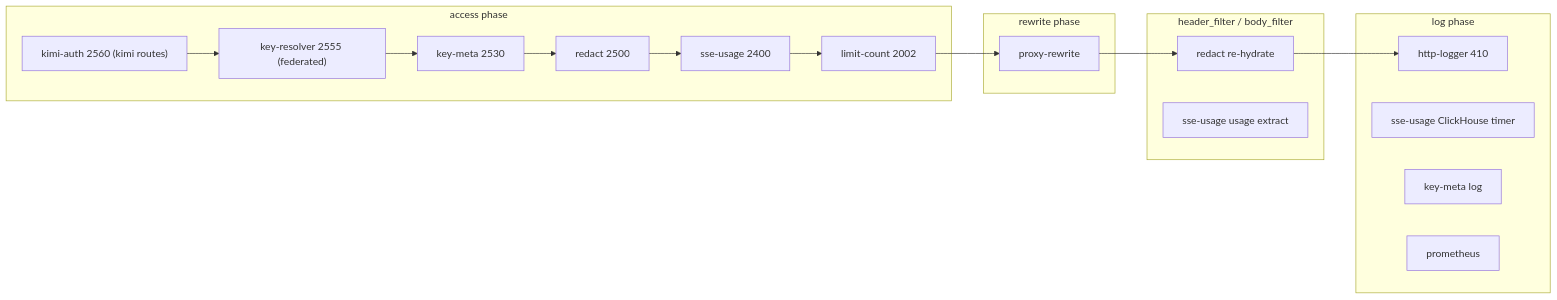
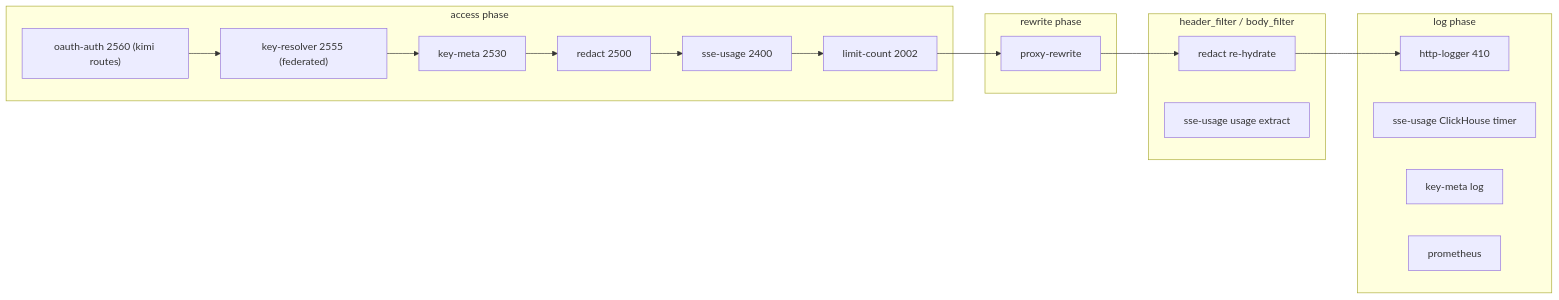
One commit to Independent-AI-Labs/WORKSPACE-GATEWAY changed the diagram in docs/architecture/PLUGIN-PIPELINE.md. Above: the diagram before and after it, drawn with Mermaid. The commit also changed other lines of this file and 51 other files, not shown here.

First line of the commit message:
refactor: consolidate OAuth providers into generic config-driven oauth-auth plugin

````diff
--- a/docs/architecture/PLUGIN-PIPELINE.md
+++ b/docs/architecture/PLUGIN-PIPELINE.md
@@ -11,25 +11,25 @@
 ```mermaid
 graph LR
     subgraph access [access phase]
-        KA["kimi-auth 2560 (kimi routes)"]
+        KA["oauth-auth 2560 (kimi routes)"]
         KR["key-resolver 2555 (federated)"]
         KM["key-meta 2530"]
         RD["redact 2500"]
         SU0["sse-usage 2400"]
         LC["limit-count 2002"]
     end
     subgraph rewrite [rewrite phase]
         PRW["proxy-rewrite"]
     end
     subgraph header_body [header_filter / body_filter]
         RD2["redact re-hydrate"]
         SU["sse-usage usage extract"]
     end
     subgraph log [log phase]
         HL["http-logger 410"]
         SU2["sse-usage ClickHouse timer"]
         KM2["key-meta log"]
         PM["prometheus"]
     end
     KA --> KR --> KM --> RD --> SU0 --> LC --> PRW --> RD2 --> HL
 ```
````
